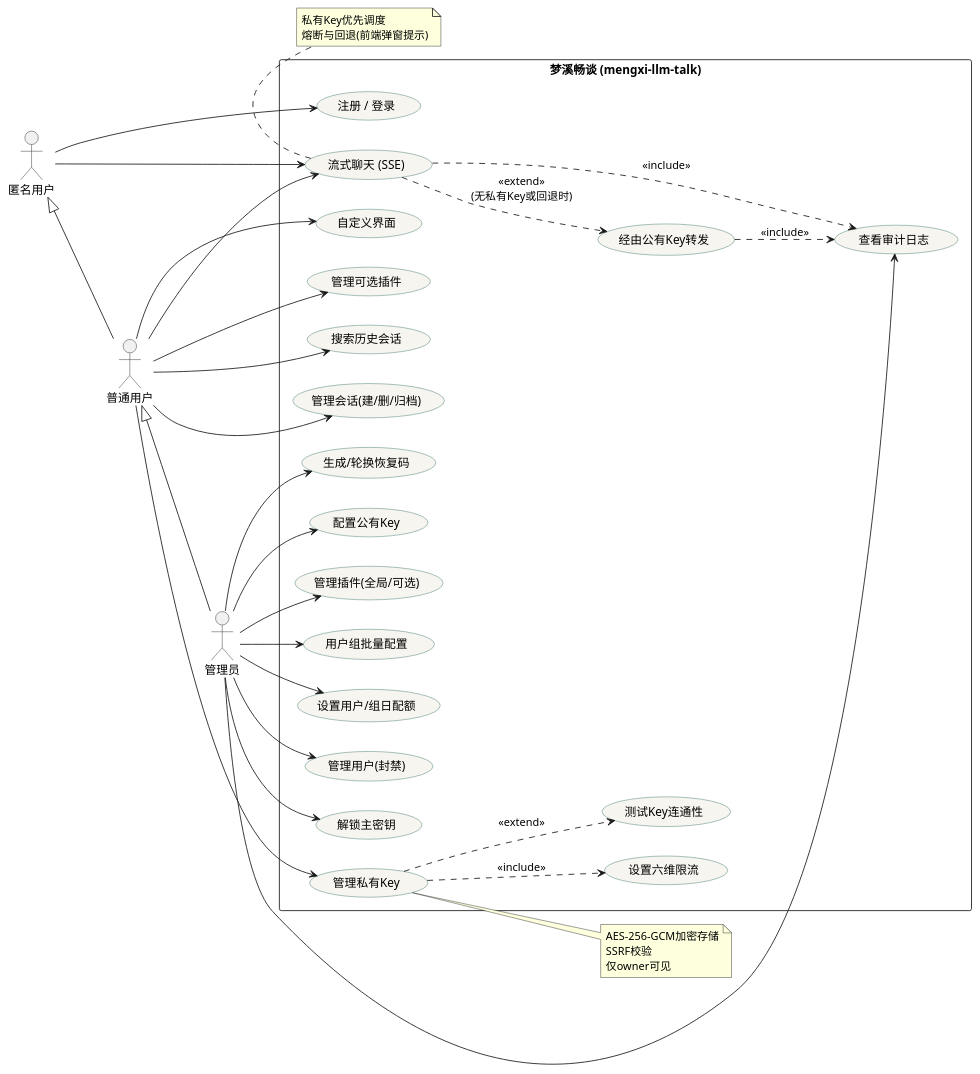
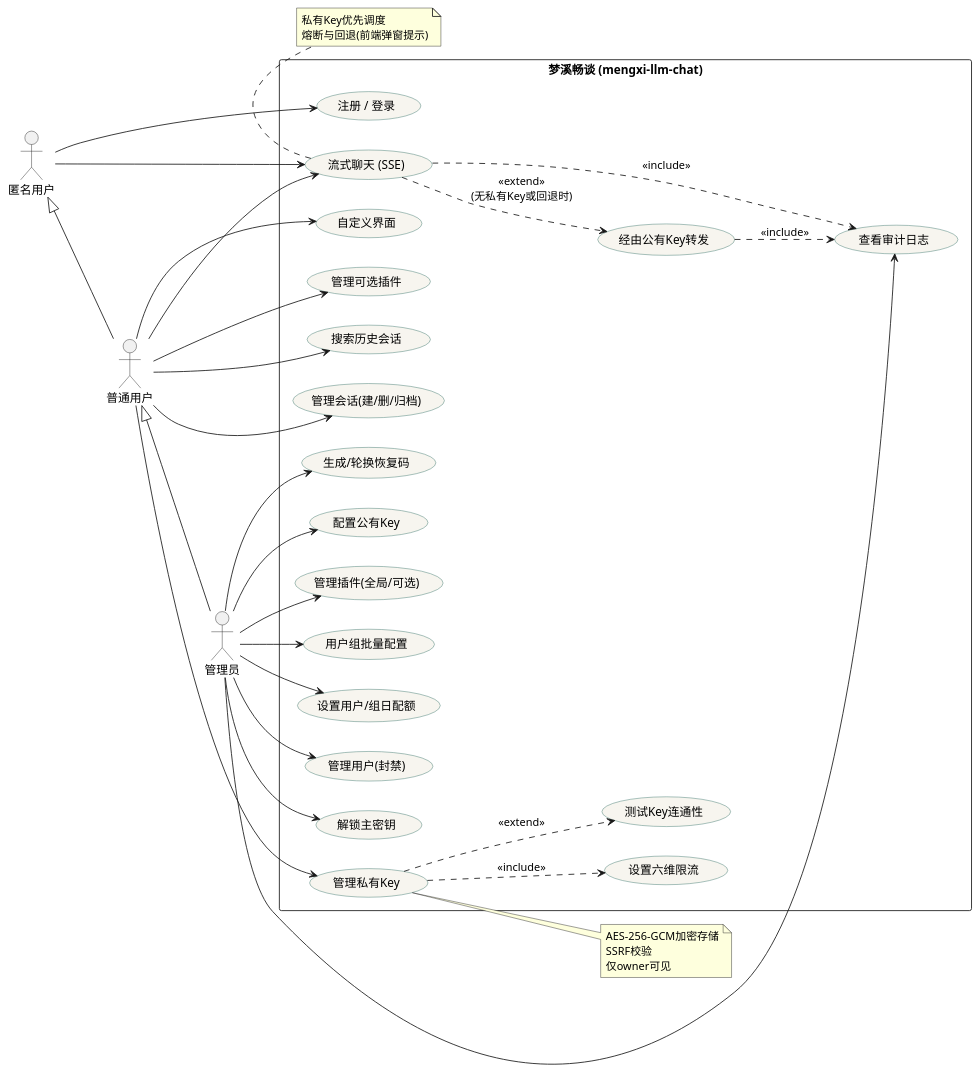
One commit to MarchBeta2087/mengxi-llm-chat changed the diagram in usecase/usecase-overall.puml. Above: the diagram before and after it, drawn with PlantUML. The commit also changed 13 other files, not shown here.

First line of the commit message:
chore: 统一英文标识为 mengxi-llm-chat；CI 增许可证扫描与 CodeQL；冒烟脚本

```diff
--- a/usecase/usecase-overall.puml
+++ b/usecase/usecase-overall.puml
@@ -1,63 +1,63 @@
 @startuml 梦溪畅谈-整体用例图
 left to right direction
 skinparam usecase {
   BackgroundColor #f7f5ef
   BorderColor #2e6e63
 }
 actor "匿名用户" as anon
 actor "普通用户" as user
 actor "管理员" as admin
 anon <|-- user
 user <|-- admin
 
-rectangle "梦溪畅谈 (mengxi-llm-talk)" {
+rectangle "梦溪畅谈 (mengxi-llm-chat)" {
 
   usecase "注册 / 登录" as auth
   usecase "流式聊天 (SSE)" as chat
   usecase "经由公有Key转发" as viaPub
   usecase "管理私有Key" as privKey
   usecase "设置六维限流" as rate
   usecase "测试Key连通性" as test
   usecase "自定义界面" as theme
   usecase "管理可选插件" as myplug
   usecase "搜索历史会话" as search
   usecase "管理会话(建/删/归档)" as conv
 
   usecase "配置公有Key" as pubKey
   usecase "管理插件(全局/可选)" as admplug
   usecase "用户组批量配置" as group
   usecase "设置用户/组日配额" as quota
   usecase "查看审计日志" as audit
   usecase "管理用户(封禁)" as usr
   usecase "解锁主密钥" as unlock
   usecase "生成/轮换恢复码" as recover
 
 }
 
 anon --> auth
 anon --> chat
 user --> chat
 user --> privKey
 user --> myplug
 user --> theme
 user --> search
 user --> conv
 
 admin --> pubKey
 admin --> admplug
 admin --> group
 admin --> quota
 admin --> audit
 admin --> usr
 admin --> unlock
 admin --> recover
 
 chat ..> viaPub : <<extend>>\n(无私有Key或回退时)
 privKey ..> rate : <<include>>
 privKey ..> test : <<extend>>
 viaPub ..> audit : <<include>>
 chat ..> audit : <<include>>
 
 note right of privKey : AES-256-GCM加密存储\nSSRF校验\n仅owner可见
 note bottom of chat : 私有Key优先调度\n熔断与回退(前端弹窗提示)
 @enduml
```
